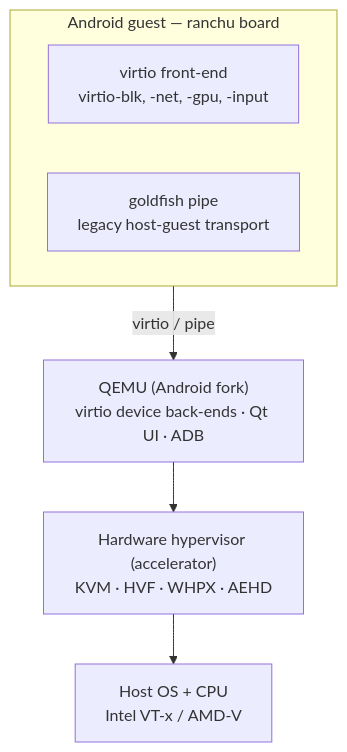
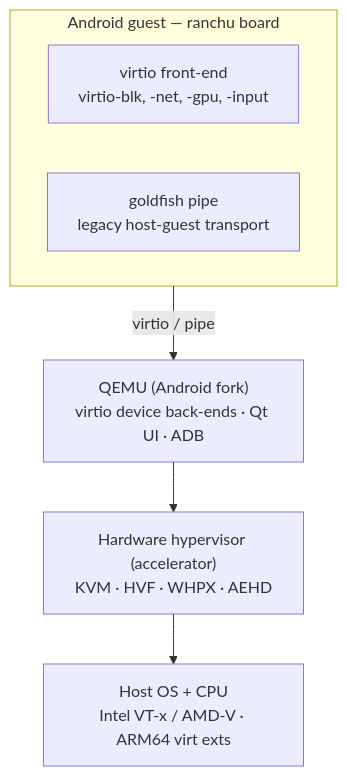
Before and after one commit to aospbooks/android-emulator-internal-book: the sixth of 8 diagrams in A-appendix-paravirtualization-history.md, drawn with Mermaid. The commit also changed other lines of this file and 31 other files, not shown here.

````diff
--- a/A-appendix-paravirtualization-history.md
+++ b/A-appendix-paravirtualization-history.md
@@ -212,13 +212,13 @@
 ```mermaid
 flowchart TB
     subgraph GUEST["Android guest — ranchu board"]
         VF["virtio front-end<br/>virtio-blk, -net, -gpu, -input"]
         GP["goldfish pipe<br/>legacy host-guest transport"]
     end
     QEMU["QEMU (Android fork)<br/>virtio device back-ends · Qt UI · ADB"]
     ACC["Hardware hypervisor (accelerator)<br/>KVM · HVF · WHPX · AEHD"]
-    HW["Host OS + CPU<br/>Intel VT-x / AMD-V"]
+    HW["Host OS + CPU<br/>Intel VT-x / AMD-V · ARM64 virt exts"]
     GUEST -- "virtio / pipe" --> QEMU
     QEMU --> ACC
     ACC --> HW
 ```
````
